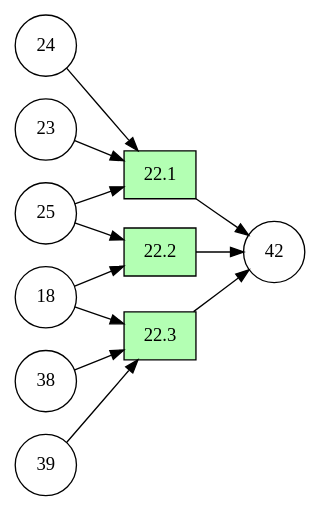
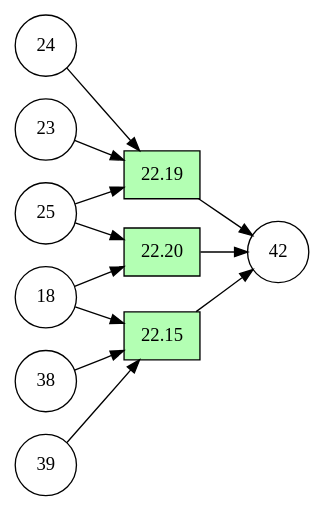
The diagram in graph/assembly.gv (ebloc/AutonomousSoftwareOrg), drawn with Graphviz before and after one commit. The commit also changed 11 other files, not shown here.

Commit message:
Update global index in all graphs

```diff
--- a/graph/assembly.gv
+++ b/graph/assembly.gv
@@ -1,33 +1,33 @@
 digraph G {
     // nodesep=.05;
     rankdir=LR;
     // node [shape=record,width=.1,height=.1]
     compound=true;
     forcelabels=true;
     node [style=filled fillcolor=white,shape=circle];
     42 [weight=99]
     24 [weight=99]
     23 [weight=99]
     25 [weight=99]
     18 [weight=99]
     38 [weight=99]
     39 [weight=99]
     //
     node [style=filled fillcolor="#b3ffb3",shape=box]
-    22.1 []
-    22.2 []
-    22.3 []
+    22.19 []
+    22.20 []
+    22.15 []
 
-    22.1->42
-    22.2->42
-    22.3->42
+    22.19->42
+    22.20->42
+    22.15->42
 
-    24->22.1
-    23->22.1
-    25->22.1
-    25->22.2
-    18->22.2
-    18->22.3
-    38->22.3
-    39->22.3
+    24->22.19
+    23->22.19
+    25->22.19
+    25->22.20
+    18->22.20
+    18->22.15
+    38->22.15
+    39->22.15
 }
```
